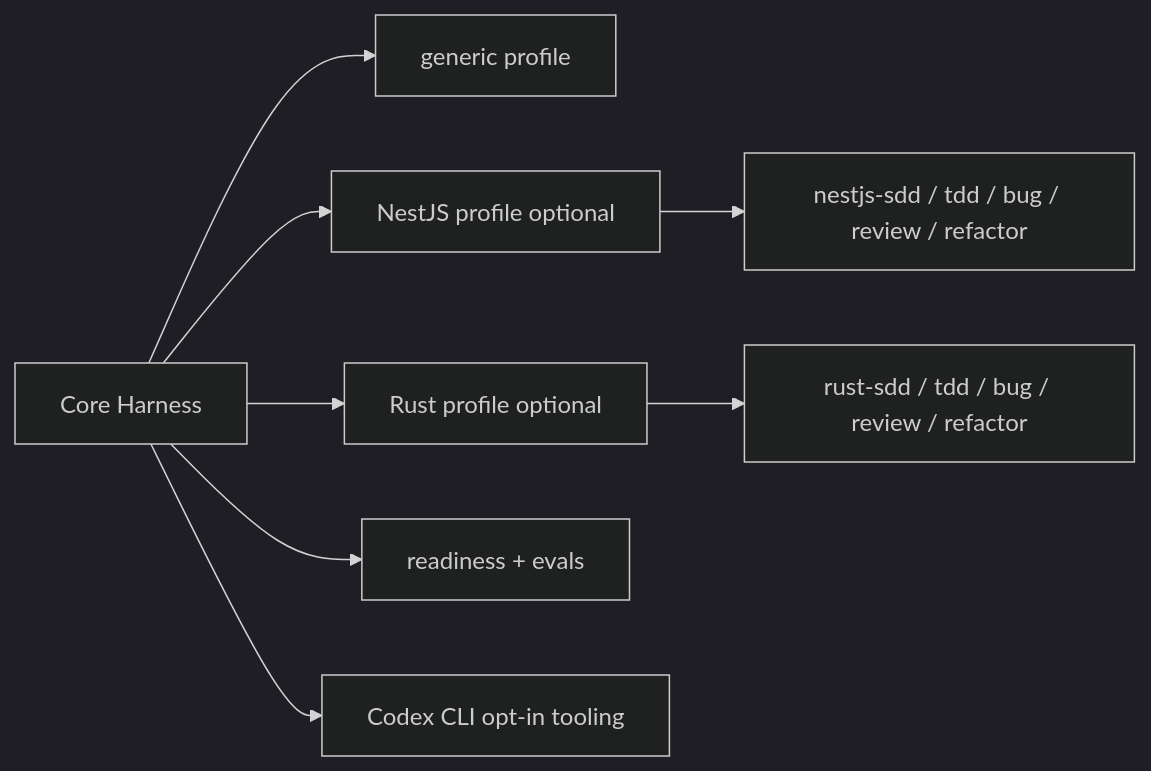
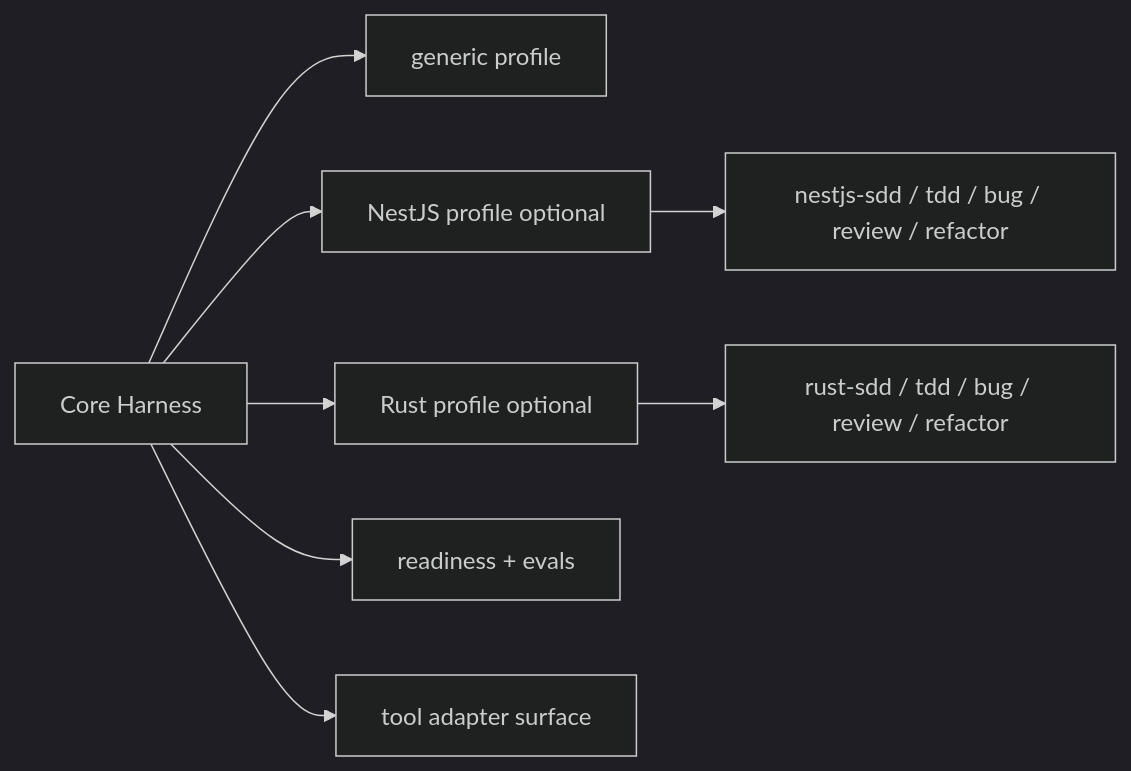
Before and after one commit to HoanDo95/CodexMinimal: the second of 8 diagrams in README.md, drawn with Mermaid (dark theme). The commit also changed other lines of this file and 29 other files, not shown here.

````diff
--- a/README.md
+++ b/README.md
@@ -36,11 +36,11 @@
 ```mermaid
 flowchart LR
     Core[Core Harness] --> Generic[generic profile]
     Core --> Nest[NestJS profile optional]
     Core --> Rust[Rust profile optional]
     Core --> Checks[readiness + evals]
-    Core --> CLI[Codex CLI opt-in tooling]
+    Core --> Adapter[tool adapter surface]
 
     Nest --> NS[nestjs-sdd / tdd / bug / review / refactor]
     Rust --> RS[rust-sdd / tdd / bug / review / refactor]
 ```
````
